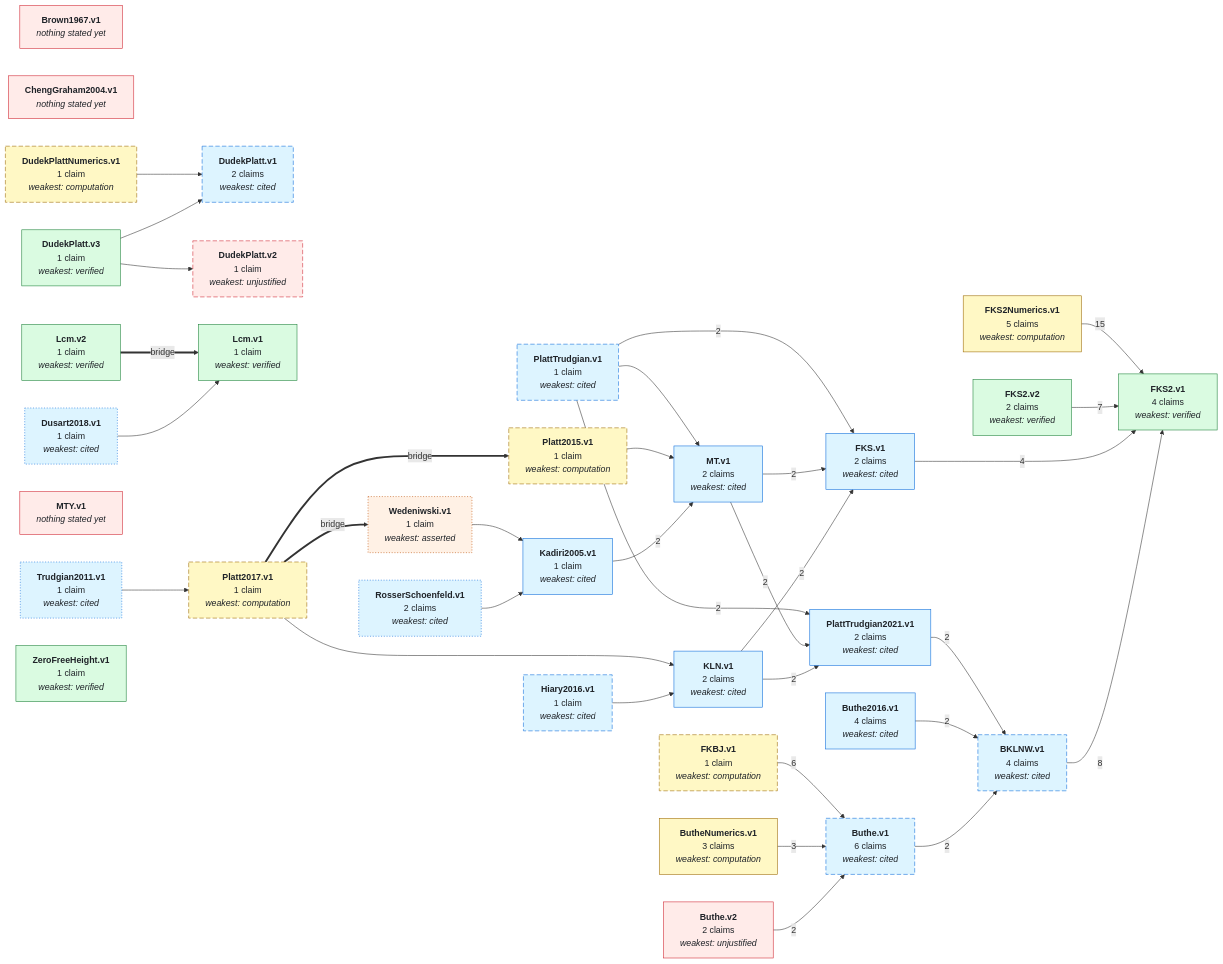
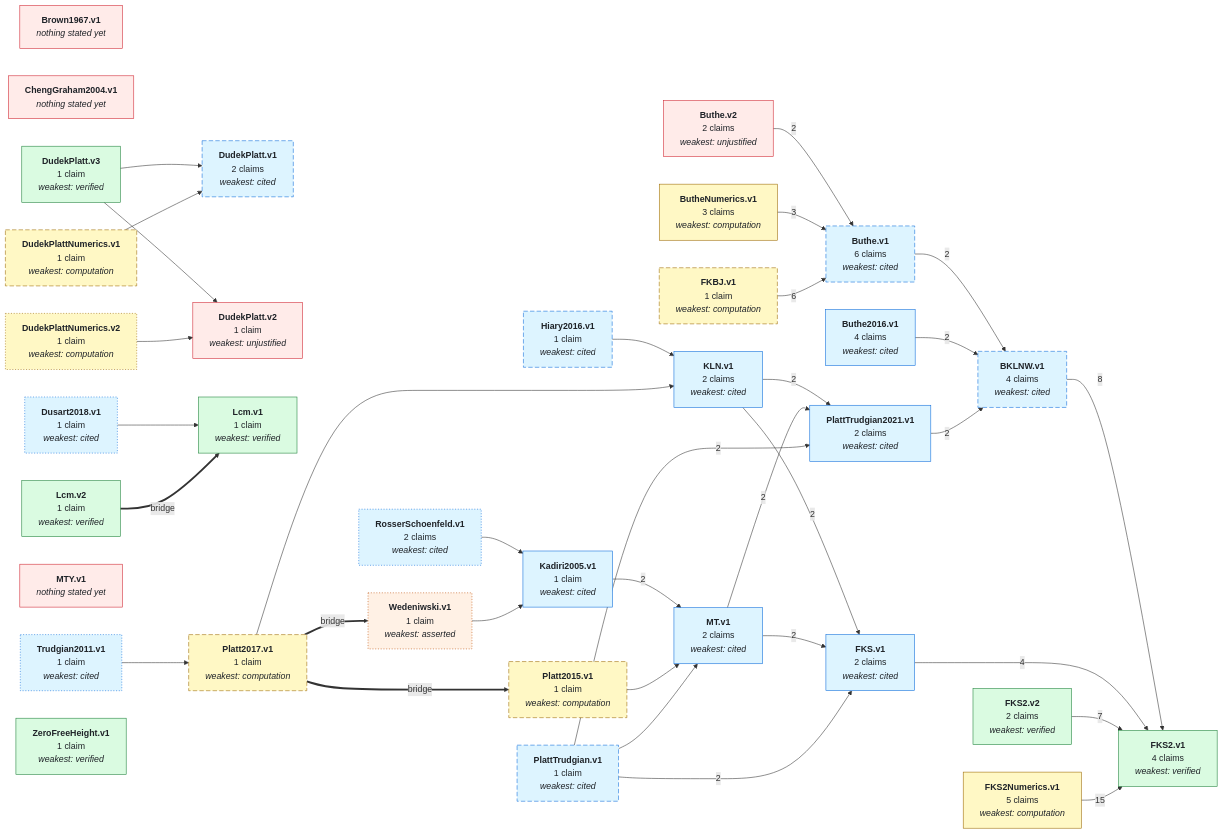
Before and after one commit to teorth/IEANTN: the first of 2 diagrams in GRAPH.md, drawn with Mermaid. The commit also changed other lines of this file and 15 other files, not shown here.

First line of the commit message:
DudekPlatt.v2: proved from the verified criterion and one asserted input

```diff
--- a/GRAPH.md
+++ b/GRAPH.md
@@ -63,6 +63,7 @@
   NDudekPlatt_v2["<b>DudekPlatt.v2</b><br/>1 claim<br/><i>weakest: unjustified</i>"]
   NDudekPlatt_v3["<b>DudekPlatt.v3</b><br/>1 claim<br/><i>weakest: verified</i>"]
   NDudekPlattNumerics_v1["<b>DudekPlattNumerics.v1</b><br/>1 claim<br/><i>weakest: computation</i>"]
+  NDudekPlattNumerics_v2["<b>DudekPlattNumerics.v2</b><br/>1 claim<br/><i>weakest: computation</i>"]
   NDusart2018_v1["<b>Dusart2018.v1</b><br/>1 claim<br/><i>weakest: cited</i>"]
   NFKBJ_v1["<b>FKBJ.v1</b><br/>1 claim<br/><i>weakest: computation</i>"]
   NFKS_v1["<b>FKS.v1</b><br/>2 claims<br/><i>weakest: cited</i>"]
@@ -92,6 +93,7 @@
   NDudekPlatt_v3 --> NDudekPlatt_v1
   NDudekPlatt_v3 --> NDudekPlatt_v2
   NDudekPlattNumerics_v1 --> NDudekPlatt_v1
+  NDudekPlattNumerics_v2 --> NDudekPlatt_v2
   NDusart2018_v1 --> NLcm_v1
   NFKBJ_v1 -->|6| NButhe_v1
   NFKS_v1 -->|4| NFKS2_v1
@@ -118,8 +120,8 @@
   style NBKLNW_v1 stroke-dasharray: 8 4;
   style NButhe_v1 stroke-dasharray: 8 4;
   style NDudekPlatt_v1 stroke-dasharray: 8 4;
-  style NDudekPlatt_v2 stroke-dasharray: 8 4;
   style NDudekPlattNumerics_v1 stroke-dasharray: 8 4;
+  style NDudekPlattNumerics_v2 stroke-dasharray: 2 3;
   style NDusart2018_v1 stroke-dasharray: 2 3;
   style NFKBJ_v1 stroke-dasharray: 8 4;
   style NHiary2016_v1 stroke-dasharray: 8 4;
@@ -132,7 +134,7 @@
   class NBrown1967_v1,NButhe_v2,NChengGraham2004_v1,NDudekPlatt_v2,NMTY_v1 none_yet;
   class NWedeniwski_v1 asserted;
   class NBKLNW_v1,NButhe_v1,NButhe2016_v1,NDudekPlatt_v1,NDusart2018_v1,NFKS_v1,NHiary2016_v1,NKLN_v1,NKadiri2005_v1,NMT_v1,NPlattTrudgian_v1,NPlattTrudgian2021_v1,NRosserSchoenfeld_v1,NTrudgian2011_v1 literature;
-  class NButheNumerics_v1,NDudekPlattNumerics_v1,NFKBJ_v1,NFKS2Numerics_v1,NPlatt2015_v1,NPlatt2017_v1 numerical;
+  class NButheNumerics_v1,NDudekPlattNumerics_v1,NDudekPlattNumerics_v2,NFKBJ_v1,NFKS2Numerics_v1,NPlatt2015_v1,NPlatt2017_v1 numerical;
   class NDudekPlatt_v3,NFKS2_v1,NFKS2_v2,NLcm_v1,NLcm_v2,NZeroFreeHeight_v1 lean_comparator;
   click NBKLNW_v1 href "https://github.com/teorth/IEANTN/blob/main/docs/nodes/BKLNW-v1.md" _blank
   click NButhe_v1 href "https://github.com/teorth/IEANTN/blob/main/docs/nodes/Buthe-v1.md" _blank
@@ -143,6 +145,7 @@
   click NDudekPlatt_v2 href "https://github.com/teorth/IEANTN/blob/main/docs/nodes/DudekPlatt-v2.md" _blank
   click NDudekPlatt_v3 href "https://github.com/teorth/IEANTN/blob/main/docs/nodes/DudekPlatt-v3.md" _blank
   click NDudekPlattNumerics_v1 href "https://github.com/teorth/IEANTN/blob/main/docs/nodes/DudekPlattNumerics-v1.md" _blank
+  click NDudekPlattNumerics_v2 href "https://github.com/teorth/IEANTN/blob/main/docs/nodes/DudekPlattNumerics-v2.md" _blank
   click NDusart2018_v1 href "https://github.com/teorth/IEANTN/blob/main/docs/nodes/Dusart2018-v1.md" _blank
   click NFKBJ_v1 href "https://github.com/teorth/IEANTN/blob/main/docs/nodes/FKBJ-v1.md" _blank
   click NFKS_v1 href "https://github.com/teorth/IEANTN/blob/main/docs/nodes/FKS-v1.md" _blank
```
